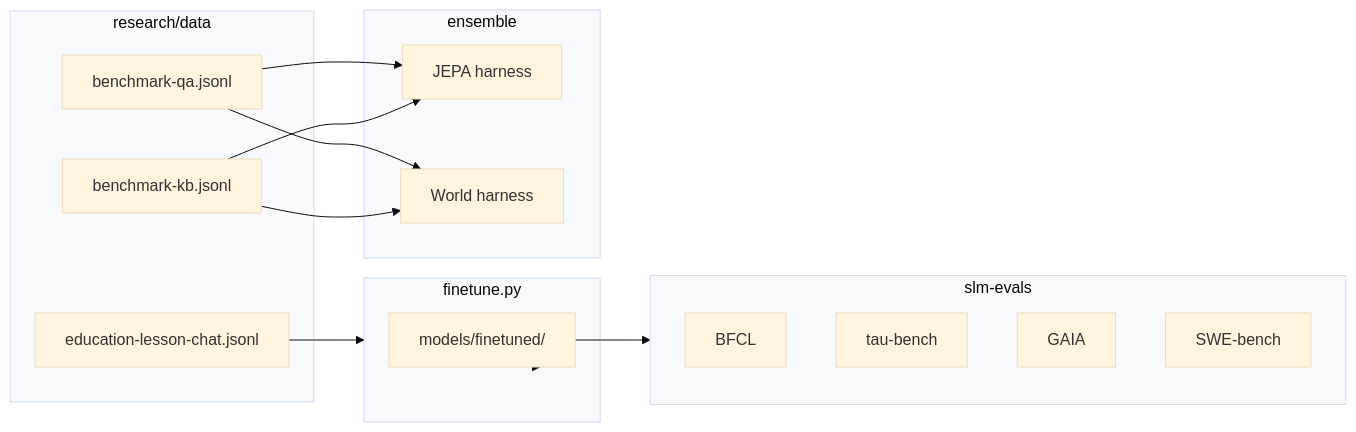
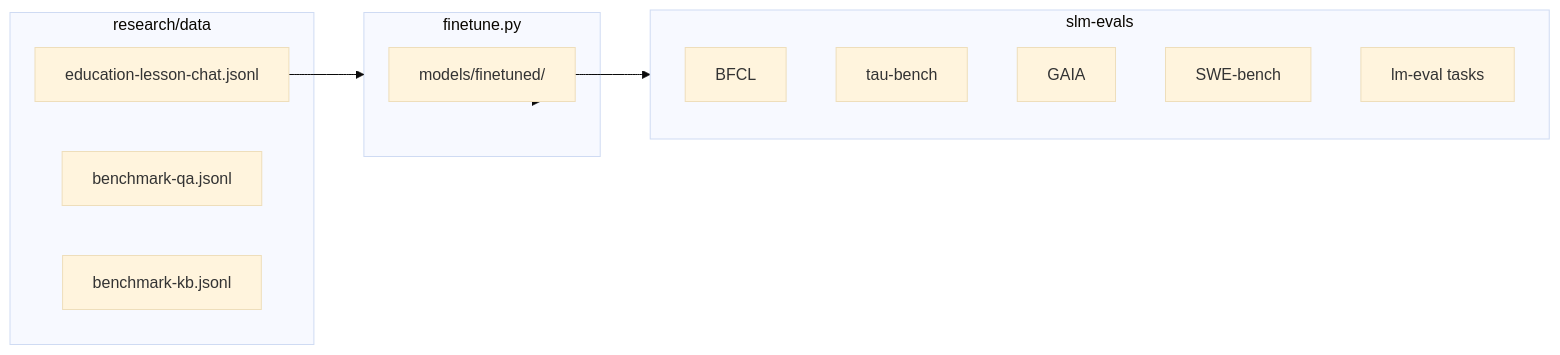
The diagram in research/docs/overview.md (MSghais/small-model-hackathon), drawn with Mermaid (base theme) before and after one commit. The commit also changed other lines of this file and 60 other files, not shown here.

````diff
--- a/research/docs/overview.md
+++ b/research/docs/overview.md
@@ -65,32 +38,24 @@
 ```mermaid
 flowchart LR
   subgraph data [research/data]
     lesson[education-lesson-chat.jsonl]
     qa[benchmark-qa.jsonl]
     kb[benchmark-kb.jsonl]
   end
 
   subgraph train [finetune.py]
     ckpt[models/finetuned/]
   end
 
   subgraph evals [slm-evals]
     bfcl[BFCL]
     tau[tau-bench]
     gaia[GAIA]
     swe[SWE-bench]
-  end
-
-  subgraph ens [ensemble]
-    jepa[JEPA harness]
-    world[World harness]
+    lmeval[lm-eval tasks]
   end
 
   lesson --> train
   train --> ckpt
   ckpt --> evals
-  qa --> jepa
-  kb --> jepa
-  qa --> world
-  kb --> world
 ```
````
